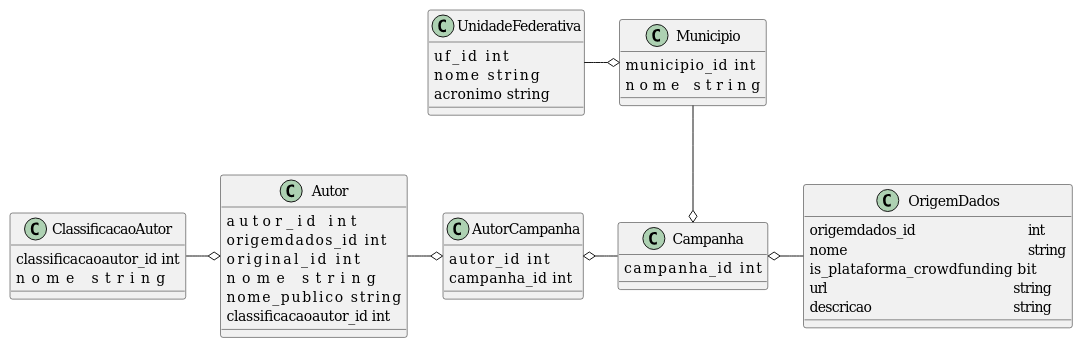
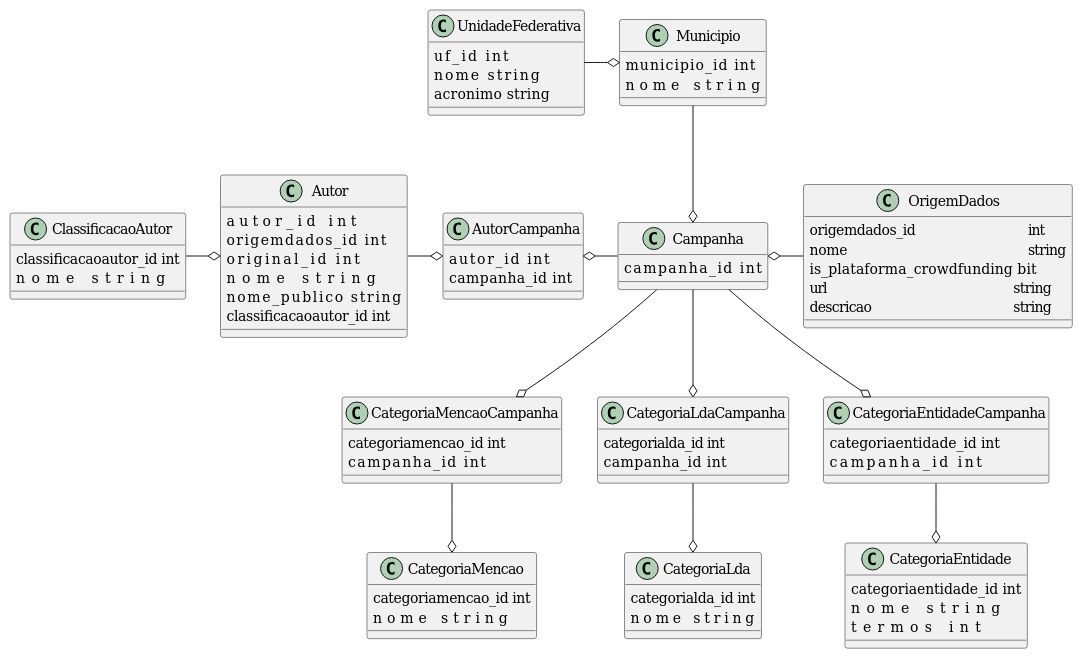
The diagram in bin/bancodados/modelo/01-modelo.plantuml (silva-erick/profico-hq), drawn with PlantUML before and after one commit. The commit also changed 4057 other files, not shown here.

```diff
--- a/bin/bancodados/modelo/01-modelo.plantuml
+++ b/bin/bancodados/modelo/01-modelo.plantuml
@@ -1,54 +1,93 @@
 @startuml 01-modelo
 
 class OrigemDados {
 	origemdados_id				    int
 	nome						    string
     is_plataforma_crowdfunding      bit
 	url						        string
 	descricao				        string  
 }
 
 class UnidadeFederativa {
     uf_id       int
     nome        string
     acronimo    string
 }
 
 class Municipio {
     municipio_id        int
     nome                string
 }
 
 class ClassificacaoAutor {
     classificacaoautor_id   int
     nome                    string
 }
 
 class Autor {
     autor_id                int
     origemdados_id          int
     original_id             int
     nome                    string
     nome_publico            string
     classificacaoautor_id   int
 }
 
 class Campanha {
     campanha_id         int
 }
 
 class AutorCampanha {
     autor_id        int
     campanha_id     int
 }
 
+class CategoriaMencao {
+    categoriamencao_id  int
+    nome                string
+}
+
+class CategoriaLda {
+    categorialda_id  int
+    nome             string
+}
+
+class CategoriaEntidade {
+    categoriaentidade_id    int
+    nome                    string
+    termos                  int
+}
+
+class CategoriaMencaoCampanha {
+    categoriamencao_id  int
+    campanha_id         int
+}
+
+class CategoriaLdaCampanha {
+    categorialda_id int
+    campanha_id     int
+}
+
+class CategoriaEntidadeCampanha {
+    categoriaentidade_id    int
+    campanha_id             int
+}
+
 UnidadeFederativa -o Municipio
 Municipio --o Campanha
 
 ClassificacaoAutor -o Autor
 Autor -o AutorCampanha
 AutorCampanha o- Campanha
 Campanha o- OrigemDados
 
+Campanha --o CategoriaMencaoCampanha
+Campanha --o CategoriaLdaCampanha
+Campanha --o CategoriaEntidadeCampanha
+
+CategoriaMencaoCampanha --o CategoriaMencao
+CategoriaLdaCampanha --o CategoriaLda
+CategoriaEntidadeCampanha --o CategoriaEntidade
+
 
 @enduml
```
